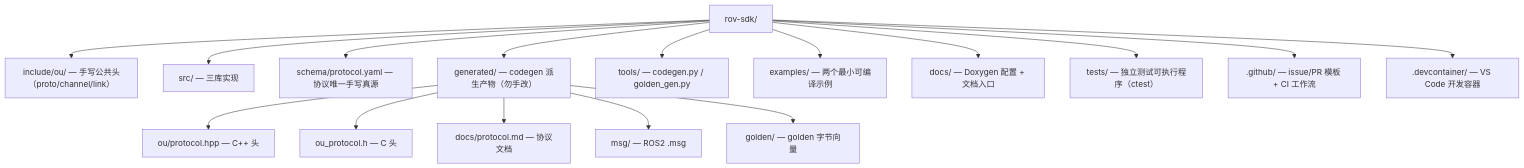
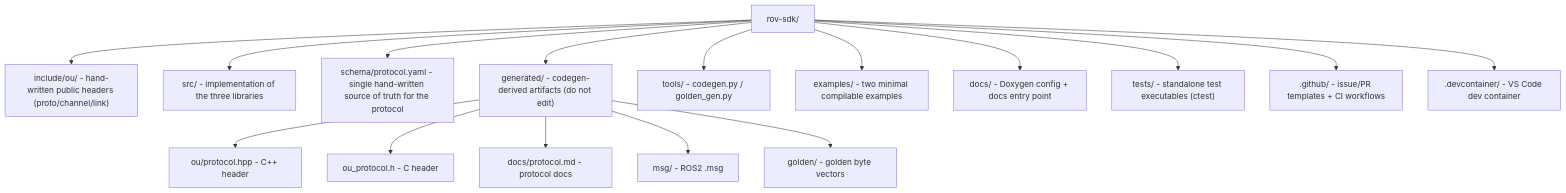
One commit to OceanUgenLab/rov-sdk changed the third of 3 diagrams in README.md. Above: the diagram before and after it, drawn with Mermaid. The commit also changed other lines of this file and 6 other files, not shown here.

````diff
--- a/README.md
+++ b/README.md
@@ -98,19 +98,19 @@
 ```mermaid
 flowchart TB
     ROOT["rov-sdk/"]
-    ROOT --> INC["include/ou/ — 手写公共头（proto/channel/link）"]
-    ROOT --> SRC["src/ — 三库实现"]
-    ROOT --> SCHEMA["schema/protocol.yaml — 协议唯一手写真源"]
-    ROOT --> GEN["generated/ — codegen 派生产物（勿手改）"]
-    GEN --> G1["ou/protocol.hpp — C++ 头"]
-    GEN --> G2["ou_protocol.h — C 头"]
-    GEN --> G3["docs/protocol.md — 协议文档"]
-    GEN --> G4["msg/ — ROS2 .msg"]
-    GEN --> G5["golden/ — golden 字节向量"]
-    ROOT --> TOOLS["tools/ — codegen.py / golden_gen.py"]
-    ROOT --> EX["examples/ — 两个最小可编译示例"]
-    ROOT --> DOCS["docs/ — Doxygen 配置 + 文档入口"]
-    ROOT --> TESTS["tests/ — 独立测试可执行程序（ctest）"]
-    ROOT --> GH[".github/ — issue/PR 模板 + CI 工作流"]
-    ROOT --> DC[".devcontainer/ — VS Code 开发容器"]
+    ROOT --> INC["include/ou/ - hand-written public headers (proto/channel/link)"]
+    ROOT --> SRC["src/ - implementation of the three libraries"]
+    ROOT --> SCHEMA["schema/protocol.yaml - single hand-written source of truth for the protocol"]
+    ROOT --> GEN["generated/ - codegen-derived artifacts (do not edit)"]
+    GEN --> G1["ou/protocol.hpp - C++ header"]
+    GEN --> G2["ou_protocol.h - C header"]
+    GEN --> G3["docs/protocol.md - protocol docs"]
+    GEN --> G4["msg/ - ROS2 .msg"]
+    GEN --> G5["golden/ - golden byte vectors"]
+    ROOT --> TOOLS["tools/ - codegen.py / golden_gen.py"]
+    ROOT --> EX["examples/ - two minimal compilable examples"]
+    ROOT --> DOCS["docs/ - Doxygen config + docs entry point"]
+    ROOT --> TESTS["tests/ - standalone test executables (ctest)"]
+    ROOT --> GH[".github/ - issue/PR templates + CI workflows"]
+    ROOT --> DC[".devcontainer/ - VS Code dev container"]
 ```
````
